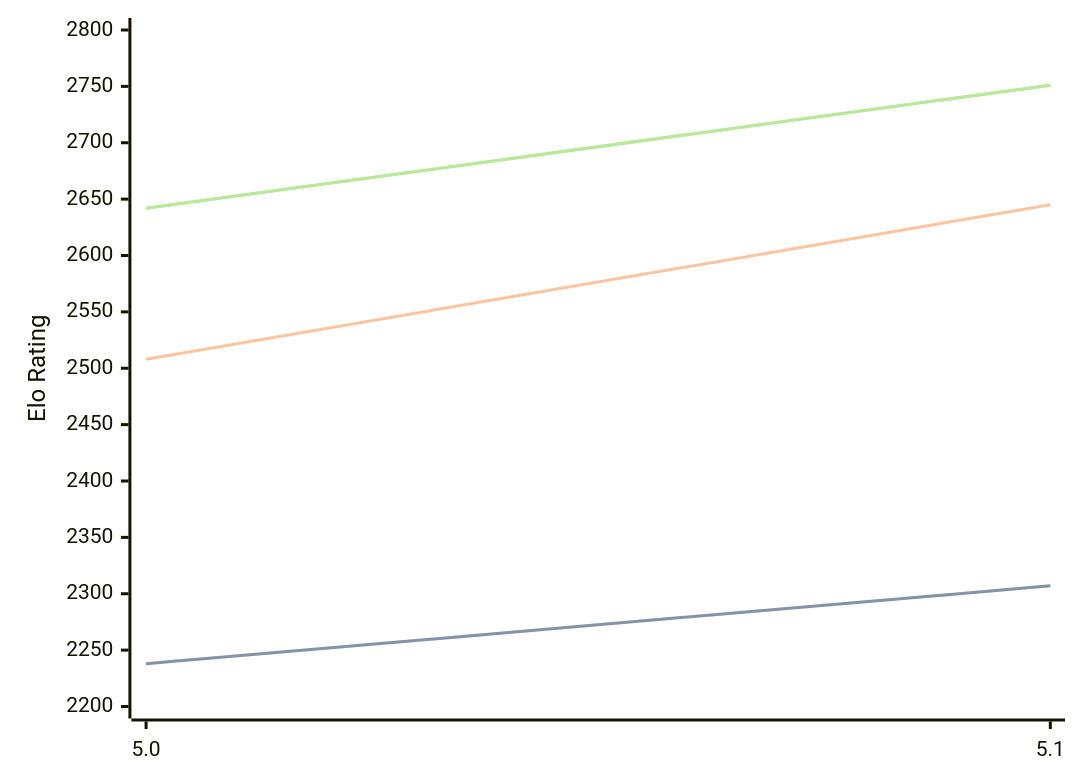
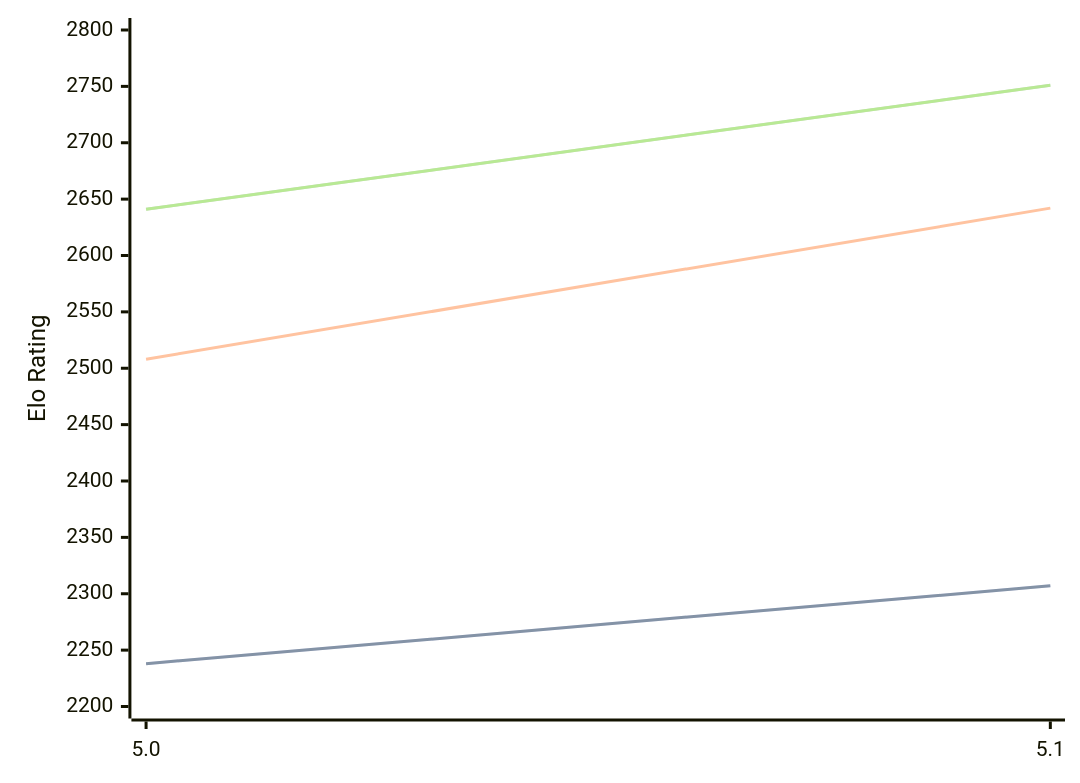
Before and after one commit to computer-chess-index/cci: the diagram in engines/Dorky.md, drawn with Mermaid. The commit also changed other lines of this file, not shown here.

Commit message:
Update CCI Ratings (ELO VLTC) - 2026-09-11

````diff
--- a/engines/Dorky.md
+++ b/engines/Dorky.md
@@ -32,11 +32,11 @@
 ```mermaid
 %%{init: {"theme":"base","themeVariables":{"seriesColors:['#a3a3a3','#222221','#faa371']}}}%%
 xychart-beta
   x-axis ["5.0", "5.1"]
   y-axis "Elo Rating" 2200 --> 2800
   line "" [2238, 2307]
   line "STC (8.0+0.08s)" [2238, 2307]
-  line "LTC (60.0+0.60s)" [2508, 2645]
-  line "" [2642, 2751]
-  line "VLTC (2m24s+1.12s)" [2642, 2751]
+  line "LTC (60.0+0.60s)" [2508, 2642]
+  line "" [2641, 2751]
+  line "VLTC (2m24s+1.12s)" [2641, 2751]
 ```
````
